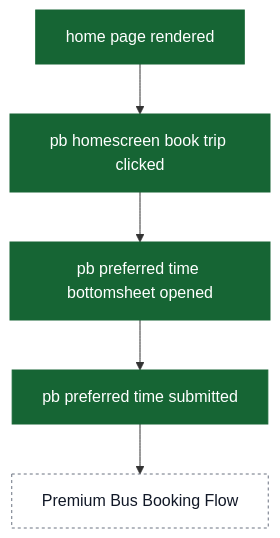
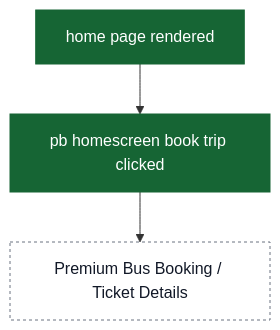
Before and after one commit to ratulsarna/chalo-app-dashboard: diagram 16 of 18 in content/analytics/home/flow-diagrams.md, drawn with Mermaid. The commit also changed other lines of this file and 3 other files, not shown here.

Commit message:
feat(analytics): update event definitions and flow diagrams for home and instant ticket purchase flows

````diff
--- a/content/analytics/home/flow-diagrams.md
+++ b/content/analytics/home/flow-diagrams.md
@@ -394,15 +414,13 @@
 ```mermaid
 flowchart TD
   ev_homePageRendered["home page rendered"]
   ev_homePageRendered --> ev_pbHomescreenBookTripClicked["pb homescreen book trip clicked"]
-  ev_pbHomescreenBookTripClicked --> ev_pbPreferredTimeBottomsheetOpened["pb preferred time bottomsheet opened"]
-  ev_pbPreferredTimeBottomsheetOpened --> ev_pbPreferredTimeSubmitted["pb preferred time submitted"]
-  ev_pbPreferredTimeSubmitted --> external_pbBookingFlow[Premium Bus Booking Flow]
+  ev_pbHomescreenBookTripClicked --> external_pbBookingFlow[Premium Bus Booking / Ticket Details]
 
   classDef event fill:#166534,stroke:#166534,color:#ffffff;
   classDef ui fill:#f3f4f6,stroke:#6b7280,stroke-dasharray: 5 5,color:#111827;
   classDef external fill:#ffffff,stroke:#6b7280,stroke-dasharray: 3 3,color:#111827;
 
   class ev_homePageRendered,ev_pbHomescreenBookTripClicked,ev_pbPreferredTimeBottomsheetOpened,ev_pbPreferredTimeSubmitted event;
   class external_pbBookingFlow external;
 ```
````
